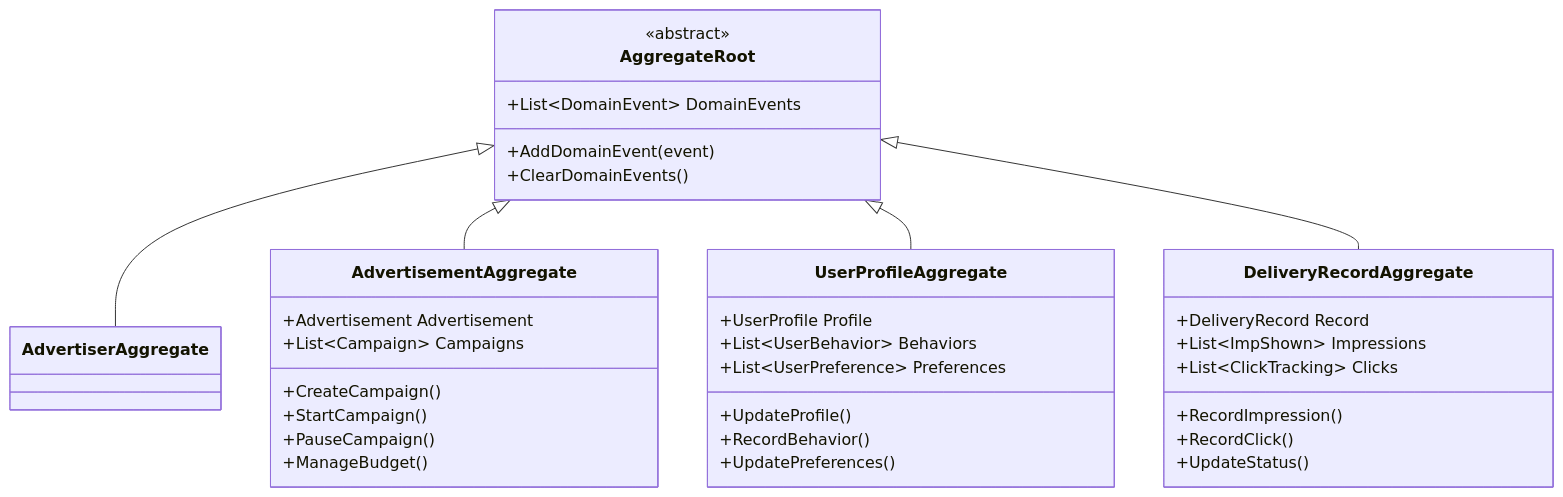
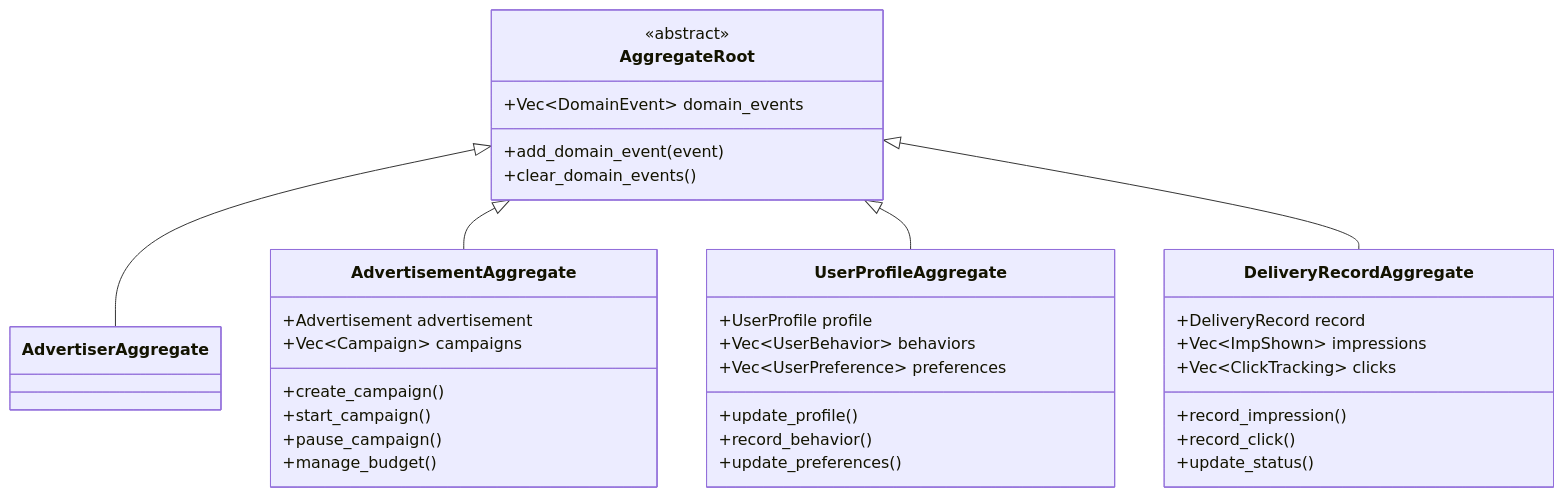
One commit to lornshrimp/Lorn.ADSP.Rust changed the fifth of 10 diagrams in docs_TecDesign/广告投放引擎/数据模型分层设计.md. Above: the diagram before and after it, drawn with Mermaid. The commit also changed other lines of this file and 8 other files, not shown here.

````diff
--- a/docs_TecDesign/广告投放引擎/数据模型分层设计.md
+++ b/docs_TecDesign/广告投放引擎/数据模型分层设计.md
@@ -906,41 +896,41 @@
 ```mermaid
 classDiagram
     class AggregateRoot {
         <<abstract>>
-        +List~DomainEvent~ DomainEvents
-        +AddDomainEvent(event)
-        +ClearDomainEvents()
+        +Vec~DomainEvent~ domain_events
+        +add_domain_event(event)
+        +clear_domain_events()
     }
     
     class AdvertisementAggregate {
-        +Advertisement Advertisement
-        +List~Campaign~ Campaigns
-        +CreateCampaign()
-        +StartCampaign()
-        +PauseCampaign()
-        +ManageBudget()
+        +Advertisement advertisement
+        +Vec~Campaign~ campaigns
+        +create_campaign()
+        +start_campaign()
+        +pause_campaign()
+        +manage_budget()
     }
     
     class UserProfileAggregate {
-        +UserProfile Profile
-        +List~UserBehavior~ Behaviors
-        +List~UserPreference~ Preferences
-        +UpdateProfile()
-        +RecordBehavior()
-        +UpdatePreferences()
+        +UserProfile profile
+        +Vec~UserBehavior~ behaviors
+        +Vec~UserPreference~ preferences
+        +update_profile()
+        +record_behavior()
+        +update_preferences()
     }
     
     class DeliveryRecordAggregate {
-        +DeliveryRecord Record
-        +List~ImpShown~ Impressions
-        +List~ClickTracking~ Clicks
-        +RecordImpression()
-        +RecordClick()
-        +UpdateStatus()
+        +DeliveryRecord record
+        +Vec~ImpShown~ impressions
+        +Vec~ClickTracking~ clicks
+        +record_impression()
+        +record_click()
+        +update_status()
     }
     
     AggregateRoot <|-- AdvertiserAggregate
     AggregateRoot <|-- AdvertisementAggregate
     AggregateRoot <|-- UserProfileAggregate  
     AggregateRoot <|-- DeliveryRecordAggregate
 ```
````
